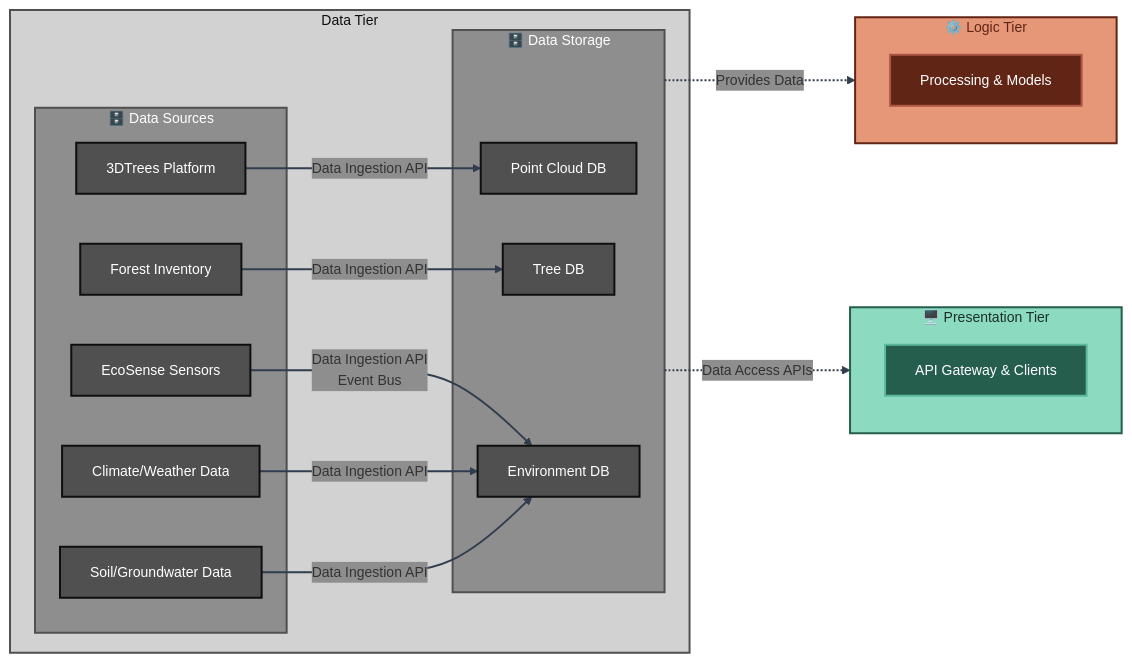
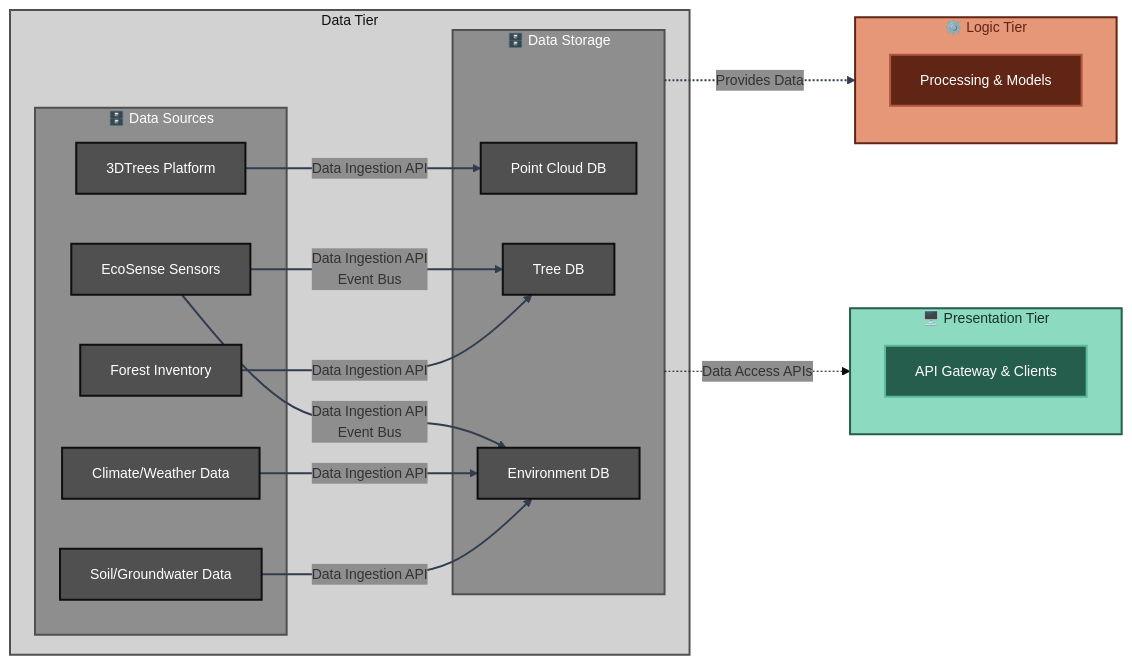
Before and after one commit to XRFutureForests/digital-twin-db: the second of 4 diagrams in docs/architecture/detailed-architecture.md, drawn with Mermaid. The commit also changed other lines of this file and 28 other files, not shown here.

````diff
--- a/docs/architecture/detailed-architecture.md
+++ b/docs/architecture/detailed-architecture.md
@@ -67,67 +67,68 @@
 ```mermaid
 %%{
 init: {
 'theme': 'base',
 'themeVariables': {
 'fontSize': '14px',
 'secondaryColor': '#8e8e8e'
 }
 }
 }%%
 flowchart LR
 subgraph DATA_TIER["Data Tier"]
 subgraph SOURCES["🗄️ Data Sources"]
 S1[3DTrees Platform]
 S2[EcoSense Sensors]
 S3[Climate/Weather Data]
 S4[Soil/Groundwater Data]
 S5[Forest Inventory]
 end
 
 subgraph STORAGE["🗄️ Data Storage"]
 DB1[Point Cloud DB]
 DB2[Tree DB]
 DB3[Environment DB]
 end
 end
 
 subgraph LOGIC_REF["⚙️ Logic Tier"]
 L_REF[Processing & Models]
 end
 
 subgraph PRESENTATION_REF["🖥️ Presentation Tier"]
 P_REF[API Gateway & Clients]
 end
 
 S1 -->|Data Ingestion API| DB1
+S2 -->|Data Ingestion API<br/>Event Bus| DB2
 S2 -->|Data Ingestion API<br/>Event Bus| DB3
 S3 -->|Data Ingestion API| DB3
 S4 -->|Data Ingestion API| DB3
 S5 -->|Data Ingestion API| DB2
 
 STORAGE -.->|Provides Data| LOGIC_REF
 STORAGE -.->|Data Access APIs| PRESENTATION_REF
 
 %% Higher level tiers - light colors
 classDef dataBack fill:#d2d2d2,stroke:#505050,stroke-width:2px,color:#0f0f0f
 classDef logicTier fill:#e59778,stroke:#612515,stroke-width:2px,color:#612515
 classDef presentationTier fill:#8cdbc0,stroke:#265e4d,stroke-width:2px,color:#183029
 
 %% Mid-level subgraphs - medium colors  
 classDef dataTier fill:#8e8e8e,stroke:#505050,stroke-width:2px,color:#ffffff
 
 %% Nodes - darkest colors
 classDef dataNode fill:#505050,stroke:#0f0f0f,stroke-width:2px,color:#ffffff
 classDef logicNode fill:#612515,stroke:#ad5643,stroke-width:2px,color:#ffffff
 classDef presentationNode fill:#265e4d,stroke:#5cb89c,stroke-width:2px,color:#ffffff
 
 class DATA_TIER dataBack
 class SOURCES,STORAGE dataTier
 class S1,S2,S3,S4,S5,DB1,DB2,DB3 dataNode
 class LOGIC_REF logicTier
 class L_REF logicNode
 class PRESENTATION_REF presentationTier
 class P_REF presentationNode
 
 linkStyle 0,1,2,3,4,5,6 stroke:#313d4f,stroke-width:2px
 ```
````
